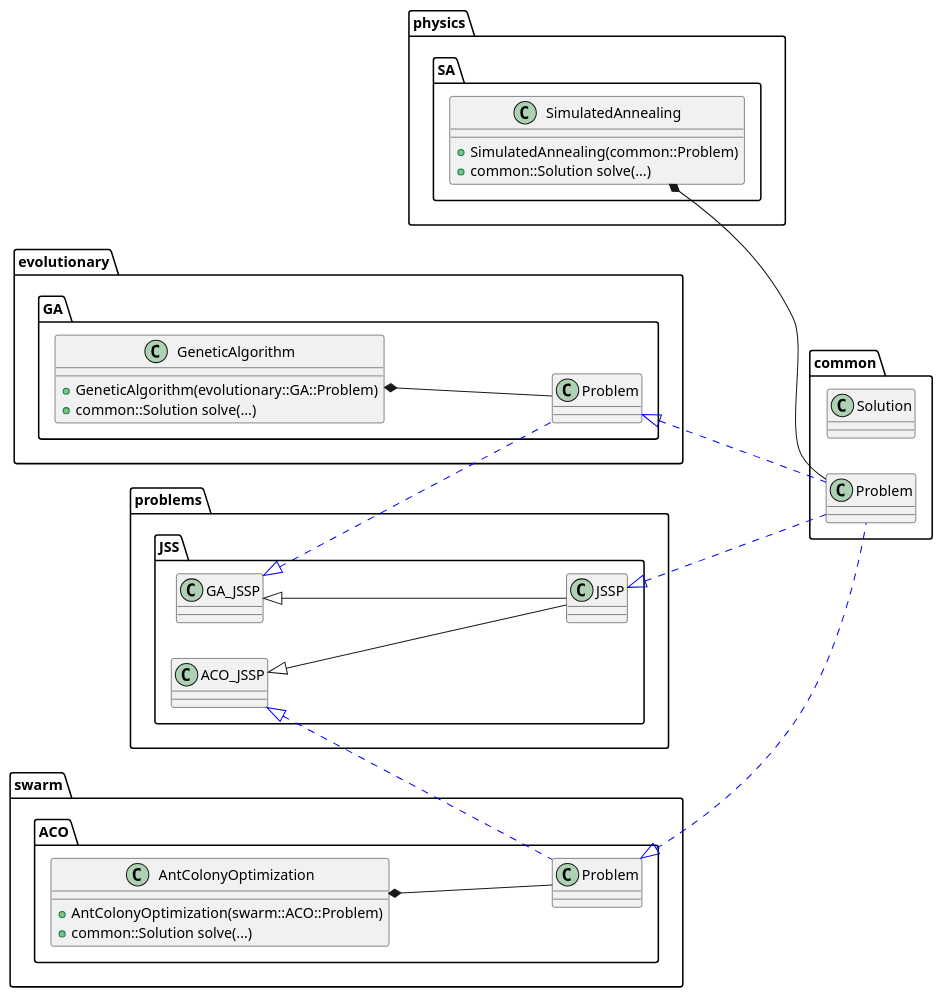
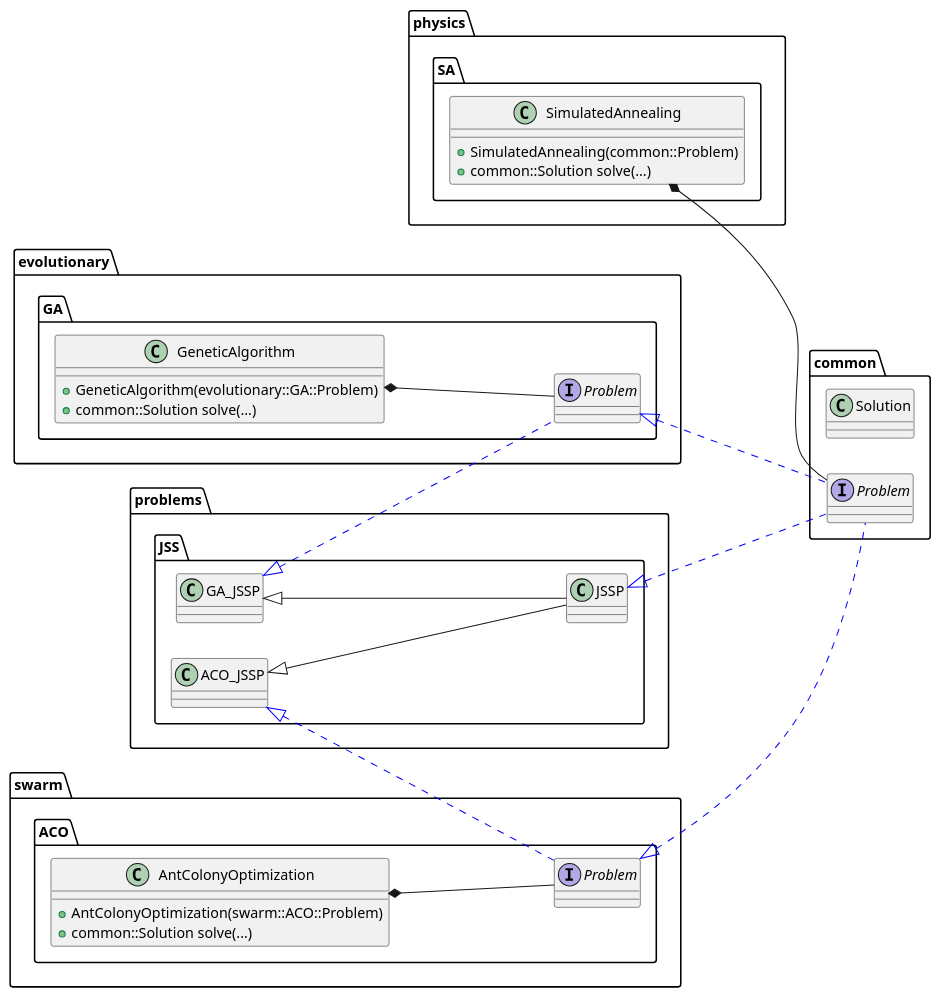
The diagram in docs/class_hierarchy.puml (raulmarinau/mhac), drawn with PlantUML before and after one commit. The commit also changed 1 other file, not shown here.

```diff
--- a/docs/class_hierarchy.puml
+++ b/docs/class_hierarchy.puml
@@ -1,53 +1,54 @@
 @startuml ClassHierarchyCpp
 left to right direction
 set separator ::
 
 class common::Solution {
 }
 
-class common::Problem {
+interface common::Problem {
 }
 
 class physics::SA::SimulatedAnnealing {
 + SimulatedAnnealing(common::Problem)
 + common::Solution solve(...)
 }
 physics::SA::SimulatedAnnealing *-- common::Problem
 
 
 class evolutionary::GA::GeneticAlgorithm {
 + GeneticAlgorithm(evolutionary::GA::Problem)
 + common::Solution solve(...)
 }
 evolutionary::GA::GeneticAlgorithm *-- evolutionary::GA::Problem
 
-class evolutionary::GA::Problem {
+interface evolutionary::GA::Problem {
 }
 evolutionary::GA::Problem <|-[#blue,dashed]- common::Problem
 
-
-class swarm::ACO::Problem {
-}
-swarm::ACO::Problem <|-[#blue,dashed]- common::Problem
 
 class swarm::ACO::AntColonyOptimization {
 + AntColonyOptimization(swarm::ACO::Problem)
 + common::Solution solve(...)
 }
 swarm::ACO::AntColonyOptimization *-- swarm::ACO::Problem
+
+interface swarm::ACO::Problem {
+}
+swarm::ACO::Problem <|-[#blue,dashed]- common::Problem
+
 
 class problems::JSS::JSSP {
 }
 problems::JSS::JSSP <|-[#blue,dashed]- common::Problem
 
 class problems::JSS::GA_JSSP {
 }
 problems::JSS::GA_JSSP <|-[#blue,dashed]- evolutionary::GA::Problem
 problems::JSS::GA_JSSP <|-- problems::JSS::JSSP
 
 class problems::JSS::ACO_JSSP {
 }
 problems::JSS::ACO_JSSP <|-[#blue,dashed]- swarm::ACO::Problem
 problems::JSS::ACO_JSSP <|-- problems::JSS::JSSP
 
 @enduml
```
